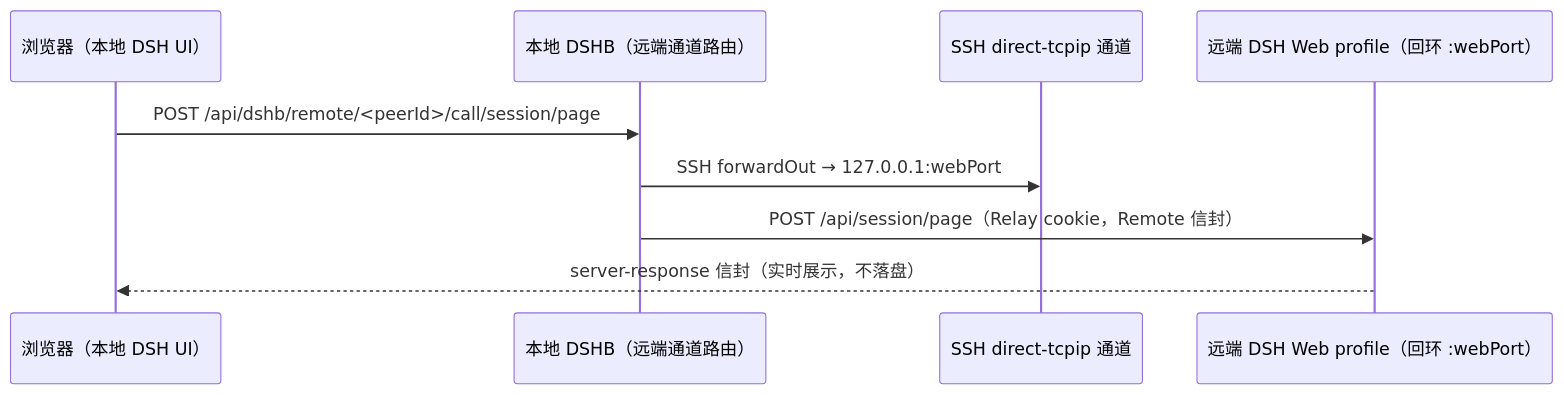
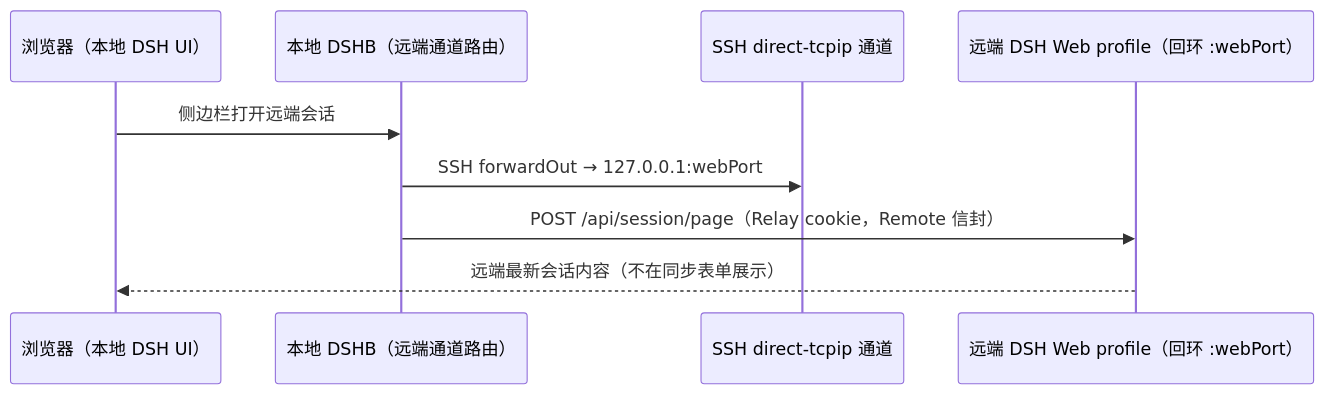
The first of 2 diagrams in .monkeycode/specs/2026-11-03-remote-session-relay/design.md (Artenx/dsh-honeybee), drawn with Mermaid before and after one commit. The commit also changed other lines of this file and 18 other files, not shown here.

````diff
--- a/.monkeycode/specs/2026-11-03-remote-session-relay/design.md
+++ b/.monkeycode/specs/2026-11-03-remote-session-relay/design.md
@@ -12,12 +12,12 @@
 ```mermaid
 sequenceDiagram
     participant U as 浏览器（本地 DSH UI）
     participant L as 本地 DSHB（远端通道路由）
     participant S as SSH direct-tcpip 通道
     participant R as 远端 DSH Web profile（回环 :webPort）
 
-    U->>L: POST /api/dshb/remote/<peerId>/call/session/page
+    U->>L: 侧边栏打开远端会话
     L->>S: SSH forwardOut → 127.0.0.1:webPort
     L->>R: POST /api/session/page（Relay cookie，Remote 信封）
-    R-->>U: server-response 信封（实时展示，不落盘）
+    R-->>U: 远端最新会话内容（不在同步表单展示）
 ```
````
